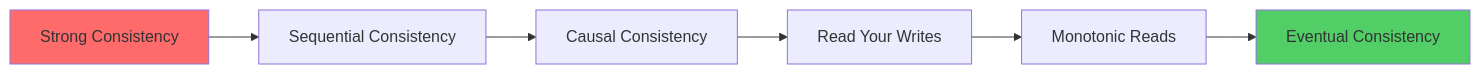
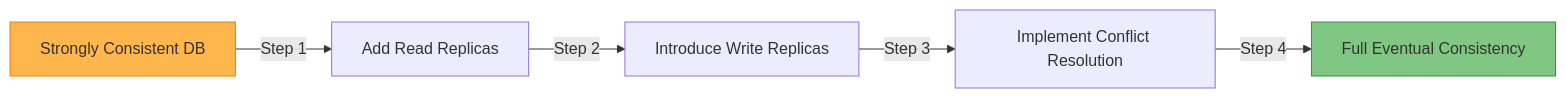
One commit to deepaucksharma/DStudio changed the fifth of 8 diagrams in docs/pattern-library/data-management/eventual-consistency.md. Above: the diagram before and after it, drawn with Mermaid. The commit also changed other lines of this file and 5 other files, not shown here.

````diff
--- a/docs/pattern-library/data-management/eventual-consistency.md
+++ b/docs/pattern-library/data-management/eventual-consistency.md
@@ -55,11 +314,10 @@
 ```mermaid
 graph LR
- A[Strong Consistency] --> B[Sequential Consistency]
- B --> C[Causal Consistency]
- C --> D[Read Your Writes]
- D --> E[Monotonic Reads]
- E --> F[Eventual Consistency]
- 
- style A fill:#ff6b6b
- style F fill:#51cf66
+    A[Strongly Consistent DB] -->|Step 1| B[Add Read Replicas]
+    B -->|Step 2| C[Introduce Write Replicas]
+    C -->|Step 3| D[Implement Conflict Resolution]
+    D -->|Step 4| E[Full Eventual Consistency]
+    
+    style A fill:#ffb74d,stroke:#f57c00
+    style E fill:#81c784,stroke:#388e3c
 ```
````
